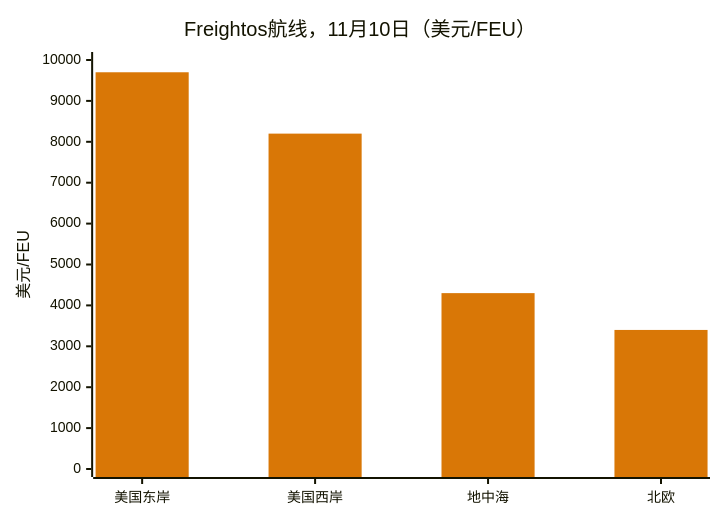
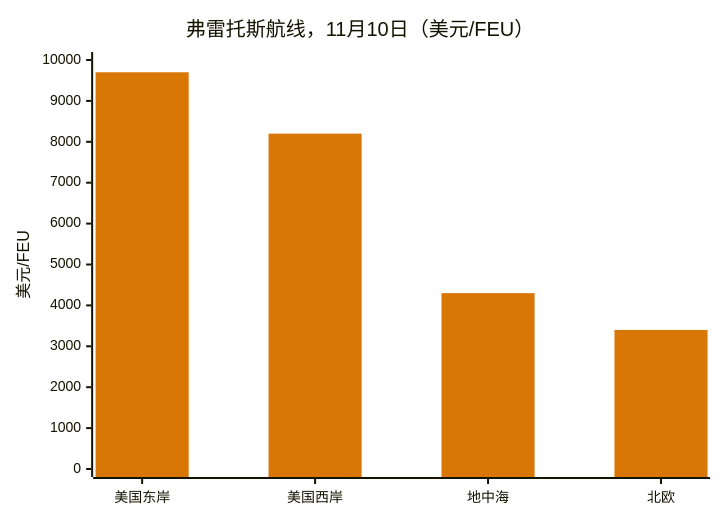
Before and after one commit to dureach/research: the eighth of 13 diagrams in Global-Trade-Intelligence-weekly-2026-11-16/index.zh.md, drawn with Mermaid. The commit also changed other lines of this file and 5 other files, not shown here.

````diff
--- a/Global-Trade-Intelligence-weekly-2026-11-16/index.zh.md
+++ b/Global-Trade-Intelligence-weekly-2026-11-16/index.zh.md
@@ -487,8 +487,8 @@
 ```mermaid
 %%{init: {'theme': 'base', 'themeVariables': {'xyChart': {'plotColorPalette': '#d97706'}}}}%%
 xychart-beta
-    title "Freightos航线，11月10日（美元/FEU）"
+    title "弗雷托斯航线，11月10日（美元/FEU）"
     x-axis ["美国东岸", "美国西岸", "地中海", "北欧"]
     y-axis "美元/FEU" 0 --> 10000
     bar [9700, 8200, 4300, 3400]
 ```
````
